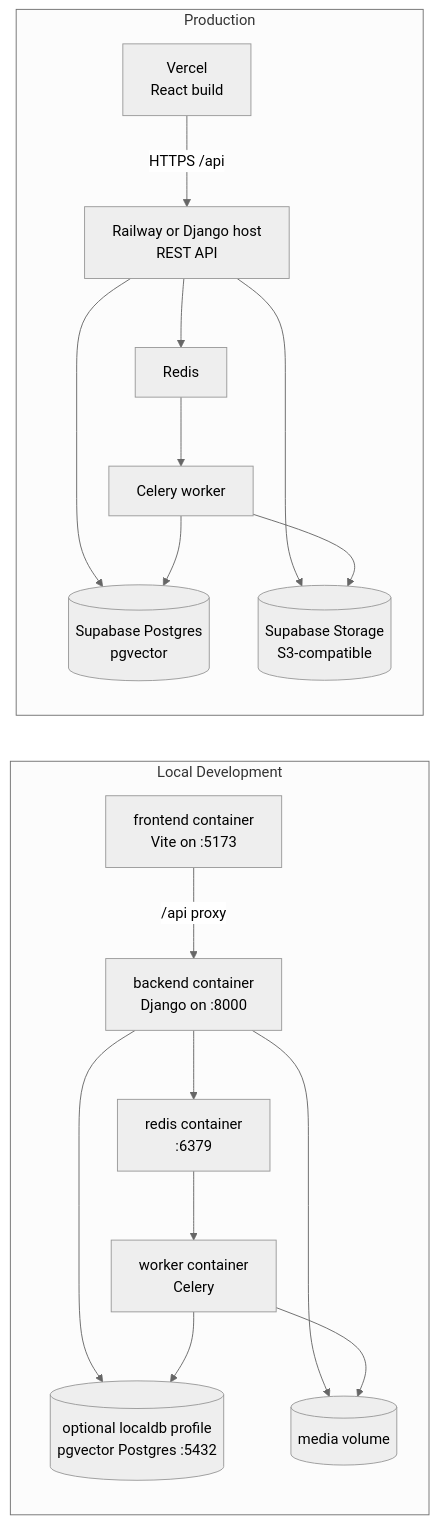
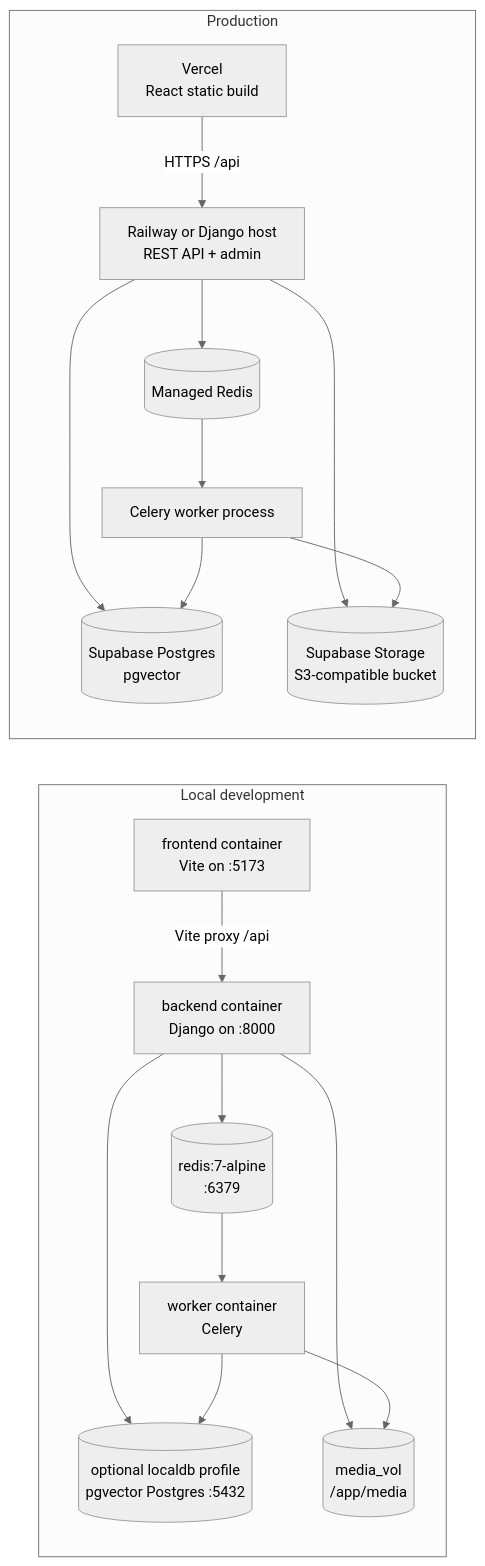
Before and after one commit to hassanzafarr/draftly: the sixth of 6 diagrams in docs/architecture-diagram.md, drawn with Mermaid (neutral theme). The commit also changed other lines of this file and 10 other files, not shown here.

````diff
--- a/docs/architecture-diagram.md
+++ b/docs/architecture-diagram.md
@@ -114,36 +195,36 @@
 ```mermaid
 flowchart LR
-    subgraph Local Development
-        localFrontend[frontend container<br/>Vite on :5173]
-        localBackend[backend container<br/>Django on :8000]
+    subgraph Local["Local development"]
+        localSpa[frontend container<br/>Vite on :5173]
+        localApi[backend container<br/>Django on :8000]
         localWorker[worker container<br/>Celery]
-        localRedis[redis container<br/>:6379]
+        localRedis[(redis:7-alpine<br/>:6379)]
         localDb[(optional localdb profile<br/>pgvector Postgres :5432)]
-        localMedia[(media volume)]
+        localMedia[(media_vol<br/>/app/media)]
 
-        localFrontend -->|/api proxy| localBackend
-        localBackend --> localRedis
+        localSpa -->|Vite proxy /api| localApi
+        localApi --> localRedis
         localRedis --> localWorker
-        localBackend --> localDb
+        localApi --> localDb
         localWorker --> localDb
-        localBackend --> localMedia
+        localApi --> localMedia
         localWorker --> localMedia
     end
 
-    subgraph Production
-        vercel[Vercel<br/>React build]
-        railway[Railway or Django host<br/>REST API]
-        prodWorker[Celery worker]
-        prodRedis[Redis]
+    subgraph Production["Production"]
+        vercel[Vercel<br/>React static build]
+        railway[Railway or Django host<br/>REST API + admin]
+        prodWorker[Celery worker process]
+        prodRedis[(Managed Redis)]
         supabaseDb[(Supabase Postgres<br/>pgvector)]
-        supabaseStorage[(Supabase Storage<br/>S3-compatible)]
+        supabaseStorage[(Supabase Storage<br/>S3-compatible bucket)]
 
         vercel -->|HTTPS /api| railway
         railway --> prodRedis
         prodRedis --> prodWorker
         railway --> supabaseDb
         prodWorker --> supabaseDb
         railway --> supabaseStorage
         prodWorker --> supabaseStorage
     end
 ```
````
